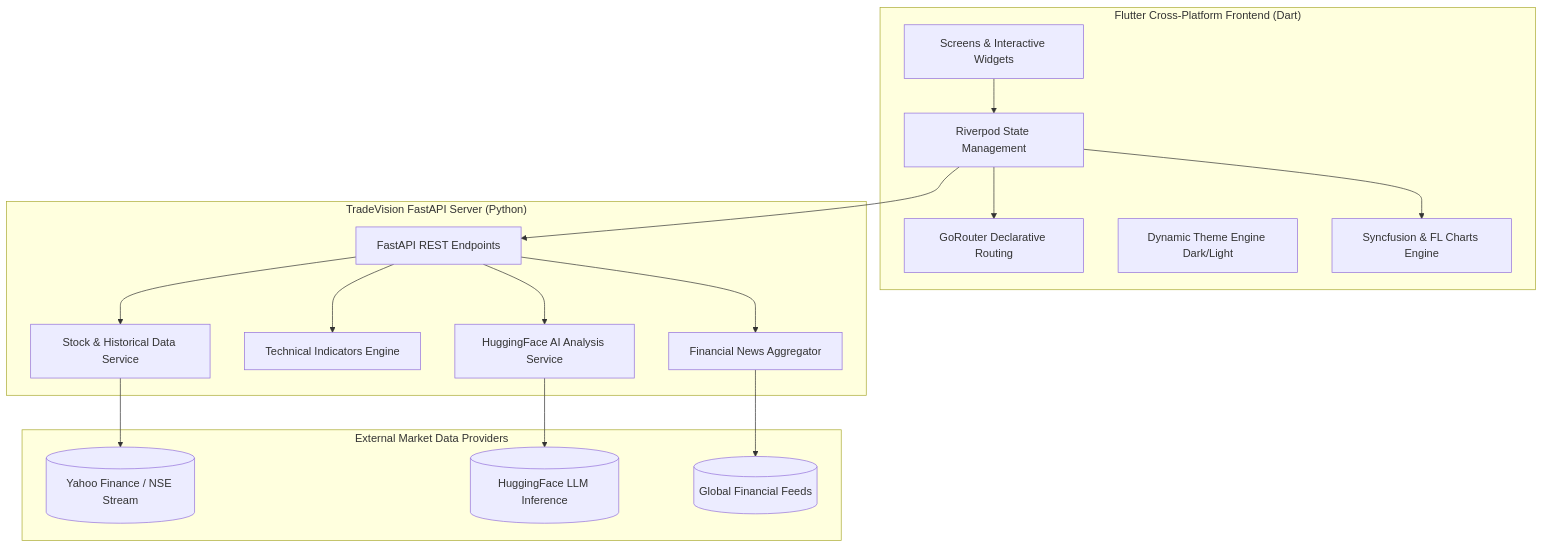
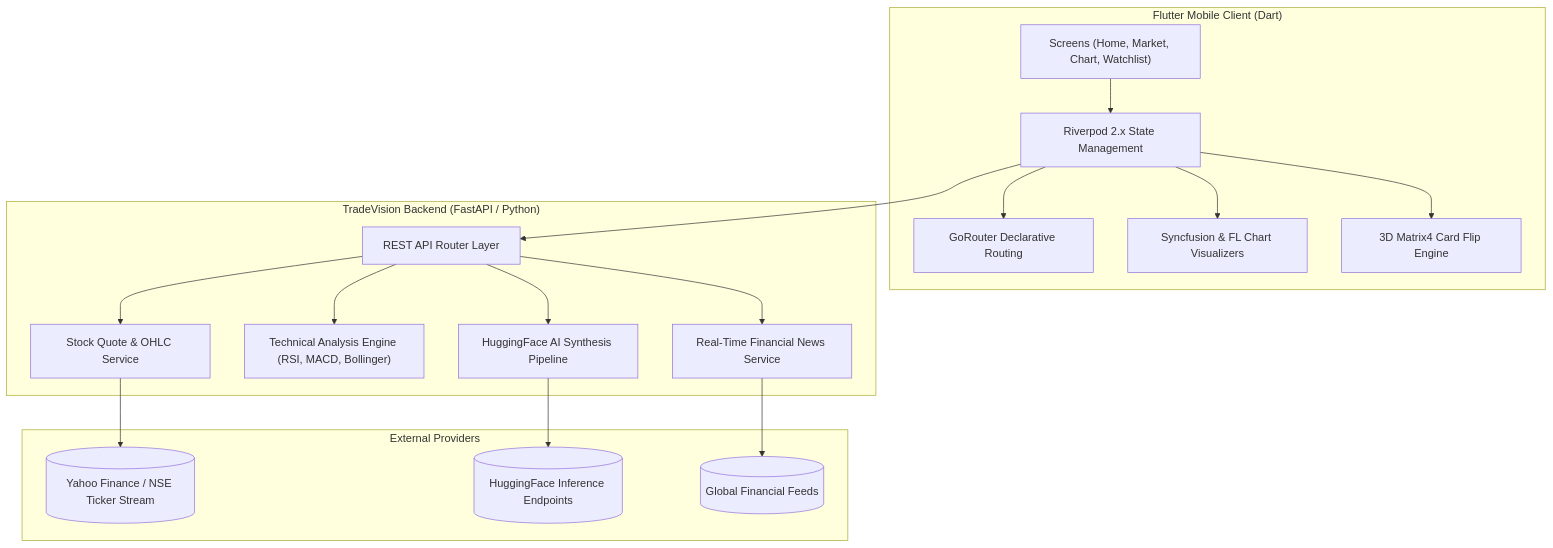
One commit to CodeWidKrish/TradeVision-AI changed the diagram in README.md. Above: the diagram before and after it, drawn with Mermaid. The commit also changed other lines of this file, not shown here.

Commit message:
docs: Enhance README with developer showcase, architecture diagram, engineering highlights & roadmap

````diff
--- a/README.md
+++ b/README.md
@@ -69,36 +145,37 @@
 ```mermaid
 graph TD
-    subgraph Client ["Flutter Cross-Platform Frontend (Dart)"]
-        UI[Screens & Interactive Widgets]
-        SM[Riverpod State Management]
-        Router[GoRouter Declarative Routing]
-        Theme[Dynamic Theme Engine Dark/Light]
-        Charts[Syncfusion & FL Charts Engine]
+    subgraph Client ["Flutter Mobile Client (Dart)"]
+        UI["Screens (Home, Market, Chart, Watchlist)"]
+        SM["Riverpod 2.x State Management"]
+        Router["GoRouter Declarative Routing"]
+        Charts["Syncfusion & FL Chart Visualizers"]
+        Flip["3D Matrix4 Card Flip Engine"]
     end
 
-    subgraph Backend ["TradeVision FastAPI Server (Python)"]
-        API[FastAPI REST Endpoints]
-        MktSvc[Stock & Historical Data Service]
-        IndSvc[Technical Indicators Engine]
-        AISvc[HuggingFace AI Analysis Service]
-        NewsSvc[Financial News Aggregator]
+    subgraph Backend ["TradeVision Backend (FastAPI / Python)"]
+        API["REST API Router Layer"]
+        MktSvc["Stock Quote & OHLC Service"]
+        IndSvc["Technical Analysis Engine (RSI, MACD, Bollinger)"]
+        AISvc["HuggingFace AI Synthesis Pipeline"]
+        NewsSvc["Real-Time Financial News Service"]
     end
 
-    subgraph Data ["External Market Data Providers"]
-        YF[(Yahoo Finance / NSE Stream)]
-        HF[(HuggingFace LLM Inference)]
-        NewsAPI[(Global Financial Feeds)]
+    subgraph DataSources ["External Providers"]
+        YF[("Yahoo Finance / NSE Ticker Stream")]
+        HF[("HuggingFace Inference Endpoints")]
+        NewsAPI[("Global Financial Feeds")]
     end
 
     UI --> SM
+    SM --> Charts
+    SM --> Flip
     SM --> Router
-    SM --> Charts
     SM --> API
     API --> MktSvc
     API --> IndSvc
     API --> AISvc
     API --> NewsSvc
     MktSvc --> YF
     AISvc --> HF
     NewsSvc --> NewsAPI
 ```
````
